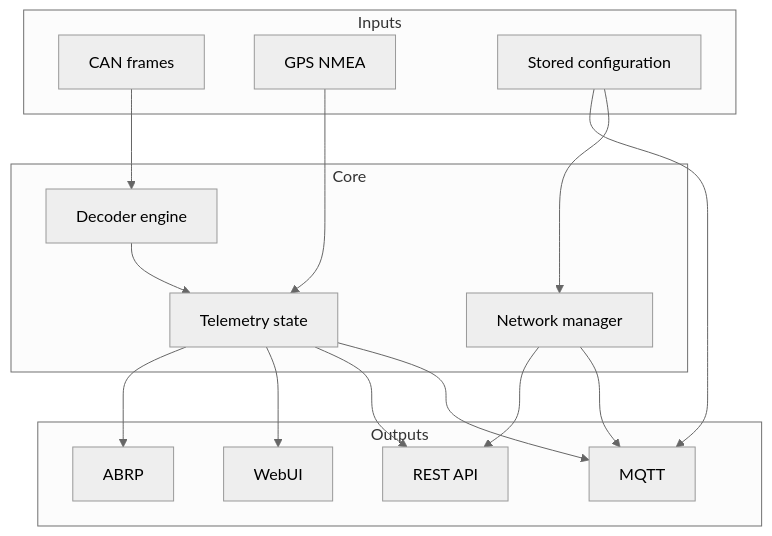
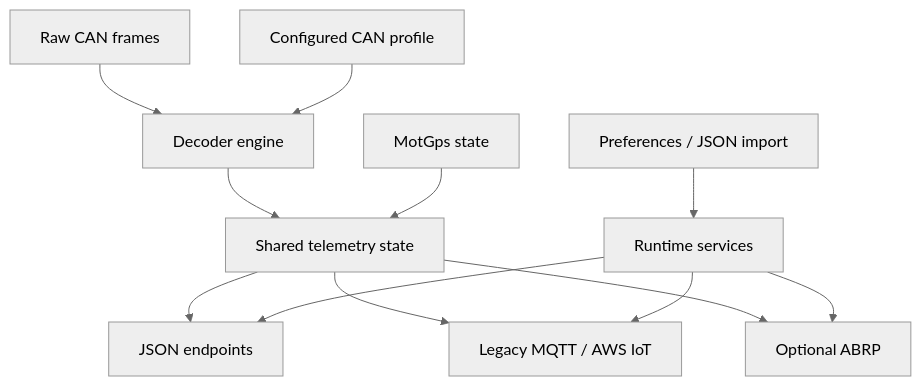
The third of 3 diagrams in docs/firmware/architecture.md (MM1834/microlino-open-telemetry), drawn with Mermaid (neutral theme) before and after one commit. The commit also changed other lines of this file and 20 other files, not shown here.

````diff
--- a/docs/firmware/architecture.md
+++ b/docs/firmware/architecture.md
@@ -23,32 +34,14 @@
 ```mermaid
 flowchart TB
-    subgraph Inputs
-      CAN[CAN frames]
-      GPS[GPS NMEA]
-      Config[Stored configuration]
-    end
-
-    subgraph Core
-      Decoder[Decoder engine]
-      Telemetry[Telemetry state]
-      Network[Network manager]
-    end
-
-    subgraph Outputs
-      MQTT[MQTT]
-      API[REST API]
-      UI[WebUI]
-      ABRP[ABRP]
-    end
-
-    CAN --> Decoder --> Telemetry
-    GPS --> Telemetry
-    Config --> Network
-    Config --> MQTT
-    Telemetry --> MQTT
-    Telemetry --> API
-    Telemetry --> UI
-    Telemetry --> ABRP
-    Network --> MQTT
-    Network --> API
+    CAN["Raw CAN frames"] --> Engine["Decoder engine"]
+    Profile["Configured CAN profile"] --> Engine
+    Engine --> Telemetry["Shared telemetry state"]
+    GPS["MotGps state"] --> Telemetry
+    Telemetry --> Json["JSON endpoints"]
+    Telemetry --> MQTT["Legacy MQTT / AWS IoT"]
+    Telemetry --> ABRP["Optional ABRP"]
+    Config["Preferences / JSON import"] --> Runtime["Runtime services"]
+    Runtime --> Json
+    Runtime --> MQTT
+    Runtime --> ABRP
 ```
````
